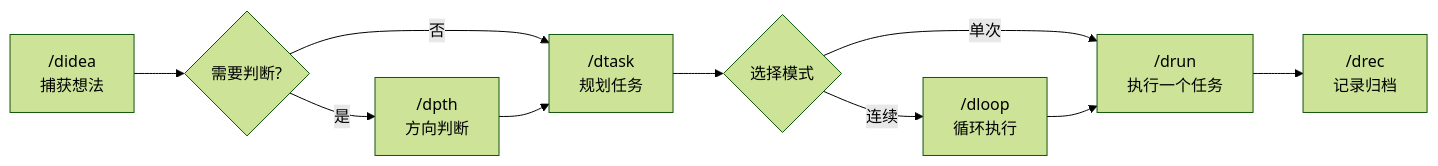
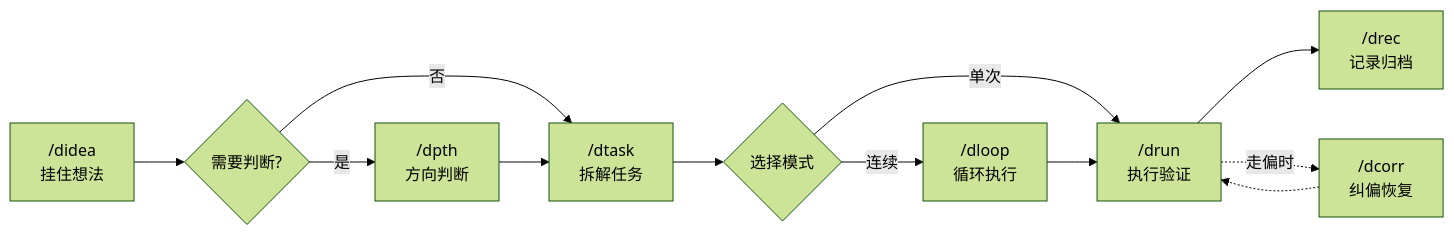
Before and after one commit to ssdiwu/diwu-flow: the diagram in README.md, drawn with Mermaid (forest theme). The commit also changed other lines of this file, not shown here.

````diff
--- a/README.md
+++ b/README.md
@@ -161,12 +40,15 @@
 ```mermaid
 flowchart LR
-    A["/didea<br/>捕获想法"] --> B{需要判断?}
+    A["/didea<br/>挂住想法"] --> B{需要判断?}
     B -->|是| C["/dpth<br/>方向判断"]
-    B -->|否| D["/dtask<br/>规划任务"]
+    B -->|否| D["/dtask<br/>拆解任务"]
     C --> D
     D --> E{选择模式}
-    E -->|单次| F["/drun<br/>执行一个任务"]
+    E -->|单次| F["/drun<br/>执行验证"]
     E -->|连续| G["/dloop<br/>循环执行"]
     G --> F
     F --> H["/drec<br/>记录归档"]
+
+    F -.->|走偏时| I["/dcorr<br/>纠偏恢复"]
+    I -.-> F
 ```
````
